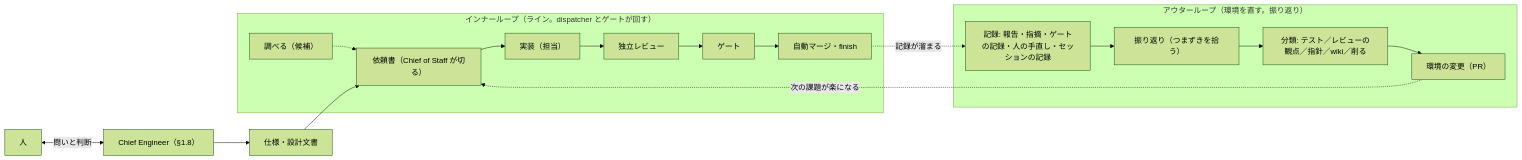
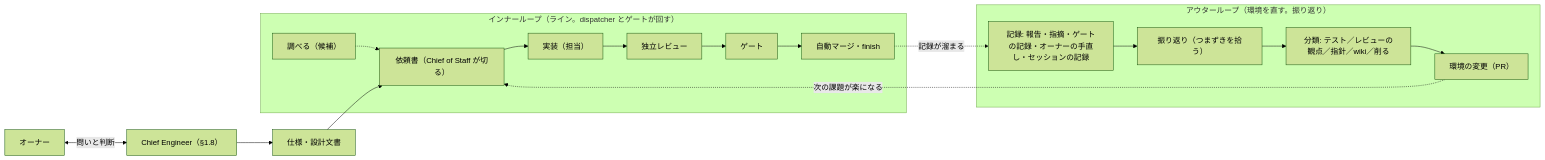
Before and after one commit to mitaku/andon: the first of 3 diagrams in docs/design.md, drawn with Mermaid (forest theme). The commit also changed other lines of this file and 3 other files, not shown here.

````diff
--- a/docs/design.md
+++ b/docs/design.md
@@ -112,15 +112,15 @@
 ```mermaid
 flowchart LR
-  H["人"] <-- "問いと判断" --> CE["Chief Engineer（§1.8）"]
+  H["オーナー"] <-- "問いと判断" --> CE["Chief Engineer（§1.8）"]
   CE --> DOC["仕様・設計文書"]
   subgraph INNER["インナーループ（ライン。dispatcher とゲートが回す）"]
     S["調べる（候補）"] -.-> B
     B["依頼書（Chief of Staff が切る）"] --> I["実装（担当）"] --> R["独立レビュー"] --> G["ゲート"] --> M["自動マージ・finish"]
   end
   DOC --> B
   subgraph OUTER["アウターループ（環境を直す。振り返り）"]
-    REC["記録: 報告・指摘・ゲートの記録・人の手直し・セッションの記録"] --> RT["振り返り（つまずきを拾う）"] --> CL["分類: テスト／レビューの観点／指針／wiki／削る"] --> ENV["環境の変更（PR）"]
+    REC["記録: 報告・指摘・ゲートの記録・オーナーの手直し・セッションの記録"] --> RT["振り返り（つまずきを拾う）"] --> CL["分類: テスト／レビューの観点／指針／wiki／削る"] --> ENV["環境の変更（PR）"]
   end
   M -. "記録が溜まる" .-> REC
   ENV -. "次の課題が楽になる" .-> B
 ```
````
